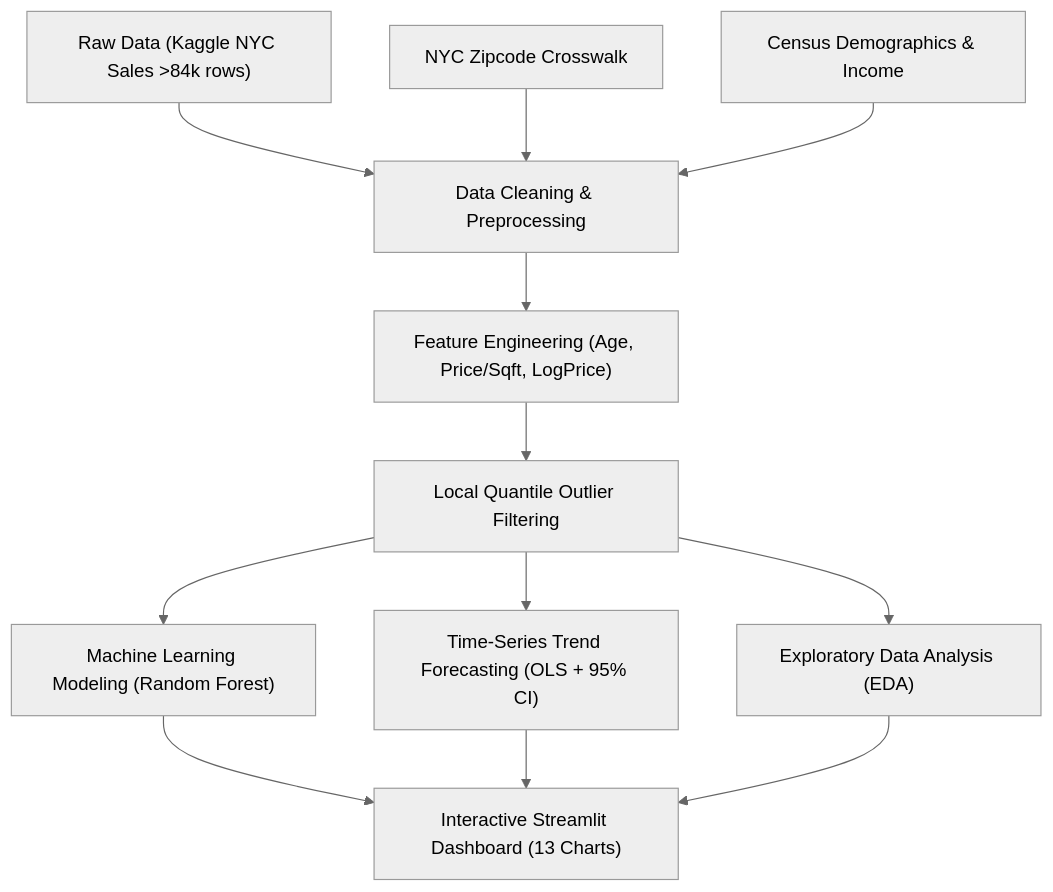
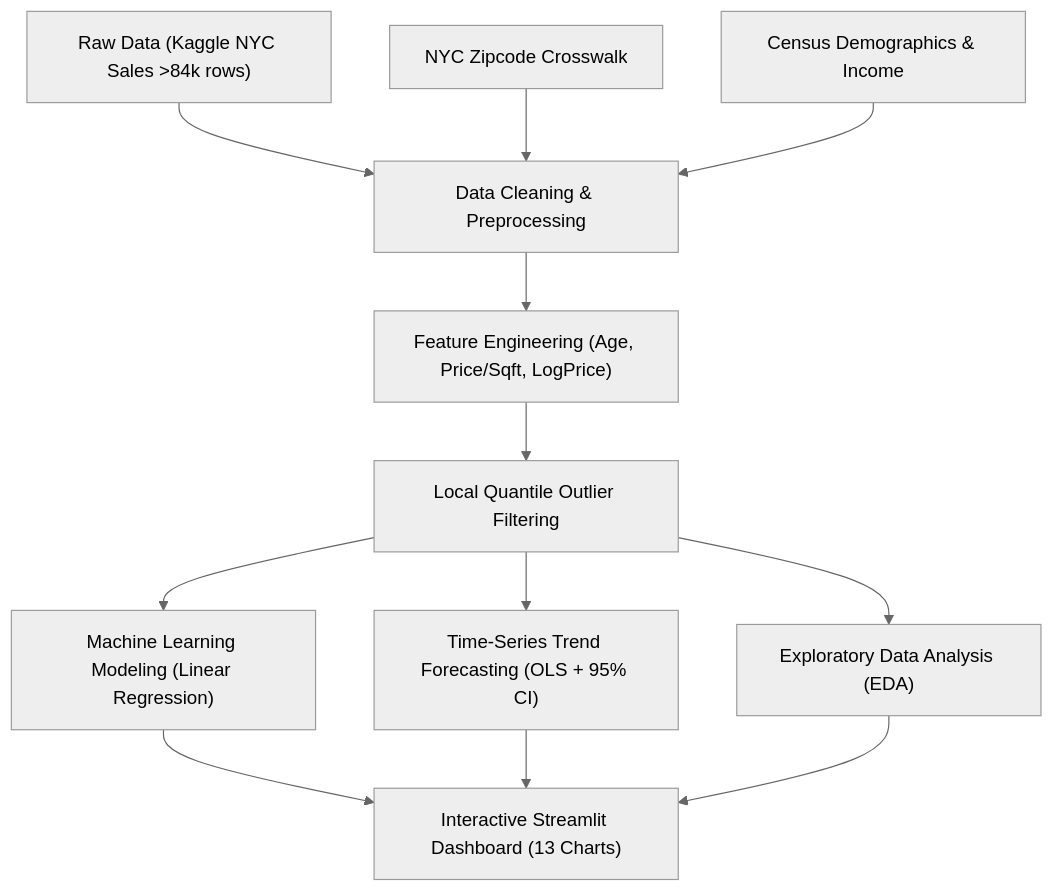
One commit to AnthKhoi/NYC_PropVision changed the diagram in README.md. Above: the diagram before and after it, drawn with Mermaid (neutral theme). The commit also changed other lines of this file and 27 other files, not shown here.

Commit message:
feat: update linear regression modeling, dashboard analytics, formula assets and presentation slides

````diff
--- a/README.md
+++ b/README.md
@@ -24,17 +24,17 @@
 ```mermaid
 flowchart TD
     A["Raw Data (Kaggle NYC Sales >84k rows)"] --> D["Data Cleaning & Preprocessing"]
     B["NYC Zipcode Crosswalk"] --> D
     C["Census Demographics & Income"] --> D
     
     D --> E["Feature Engineering (Age, Price/Sqft, LogPrice)"]
     E --> F["Local Quantile Outlier Filtering"]
     
     F --> G["Exploratory Data Analysis (EDA)"]
-    F --> H["Machine Learning Modeling (Random Forest)"]
+    F --> H["Machine Learning Modeling (Linear Regression)"]
     F --> I["Time-Series Trend Forecasting (OLS + 95% CI)"]
     
     H --> J["Interactive Streamlit Dashboard (13 Charts)"]
     I --> J
     G --> J
 ```
````
